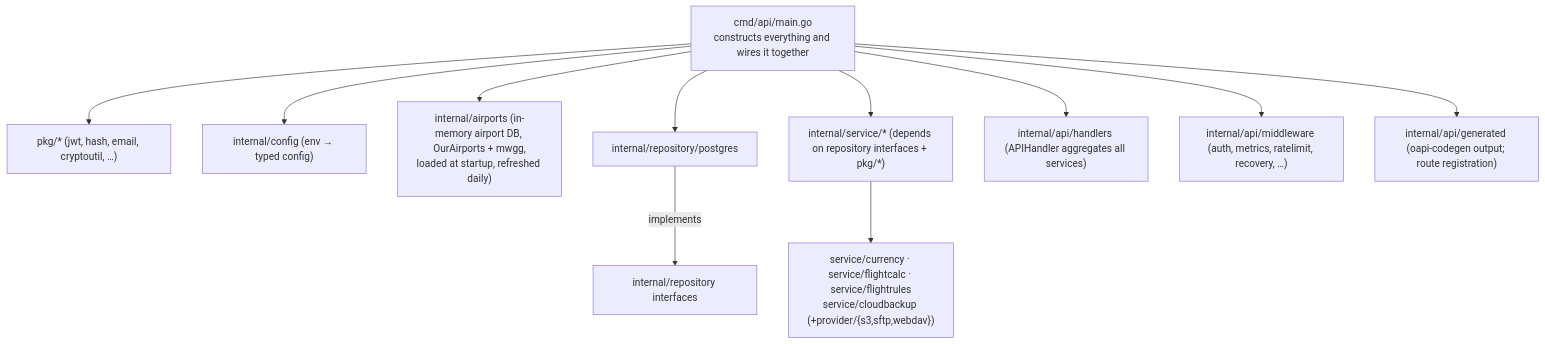
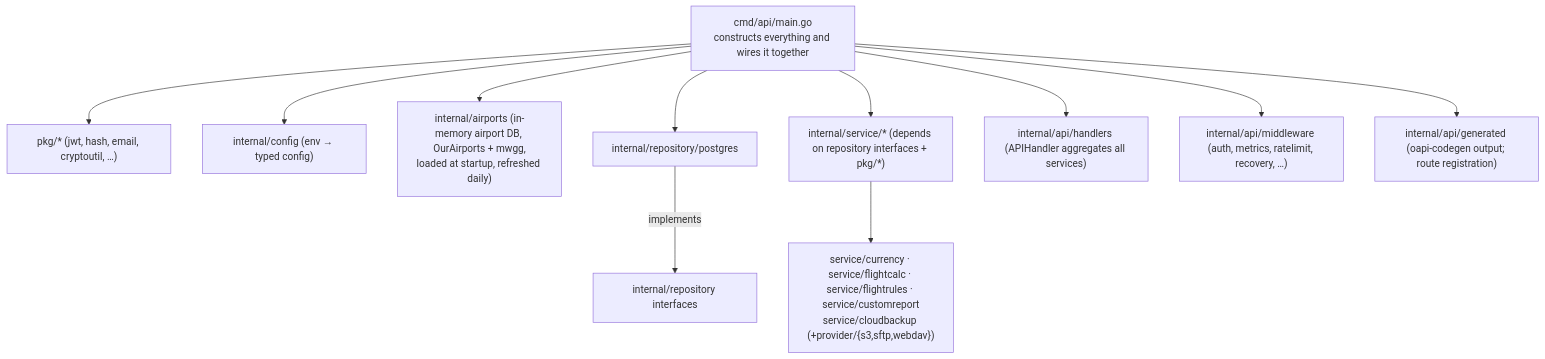
Before and after one commit to fjaeckel/ninerlog-api: the third of 3 diagrams in docs/ARCHITECTURE.md, drawn with Mermaid. The commit also changed other lines of this file and 36 other files, not shown here.

````diff
--- a/docs/ARCHITECTURE.md
+++ b/docs/ARCHITECTURE.md
@@ -63,15 +63,15 @@
 ```mermaid
 flowchart TD
     MAIN["cmd/api/main.go<br/>constructs everything and wires it together"]
     MAIN --> PKG["pkg/* (jwt, hash, email, cryptoutil, …)"]
     MAIN --> CFG["internal/config (env → typed config)"]
     MAIN --> AIR["internal/airports (in-memory airport DB, OurAirports + mwgg,<br/>loaded at startup, refreshed daily)"]
     MAIN --> PG["internal/repository/postgres"]
     MAIN --> SVC["internal/service/* (depends on repository interfaces + pkg/*)"]
     MAIN --> HND["internal/api/handlers (APIHandler aggregates all services)"]
     MAIN --> MW["internal/api/middleware (auth, metrics, ratelimit, recovery, …)"]
     MAIN --> GEN["internal/api/generated (oapi-codegen output; route registration)"]
 
     PG -->|implements| REPO["internal/repository interfaces"]
-    SVC --> SUB["service/currency · service/flightcalc · service/flightrules<br/>service/cloudbackup (+provider/{s3,sftp,webdav})"]
+    SVC --> SUB["service/currency · service/flightcalc · service/flightrules · service/customreport<br/>service/cloudbackup (+provider/{s3,sftp,webdav})"]
 ```
````
